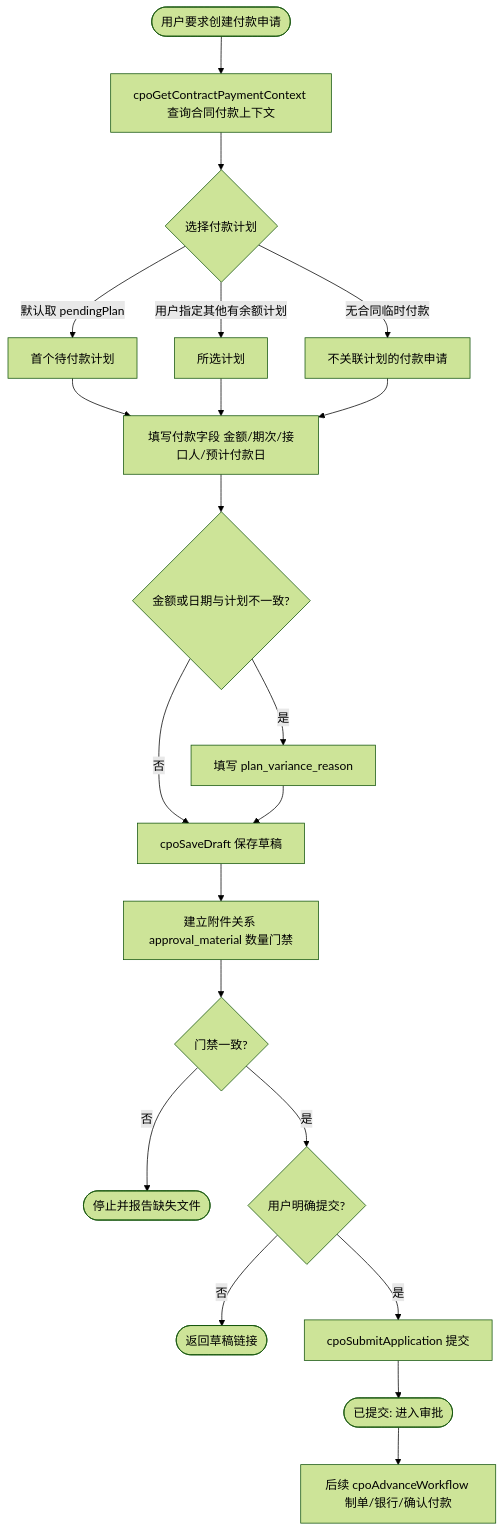
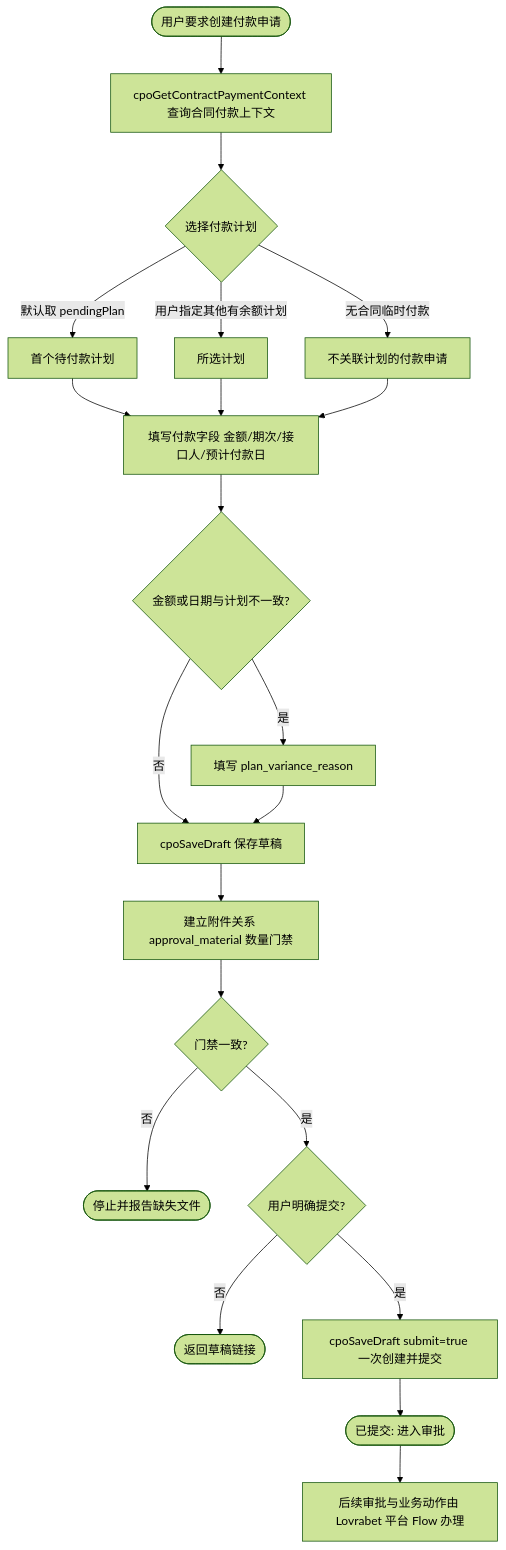
One commit to lovrabet/ei-demo changed the diagram in .agents/skills/cpo-payment-application/SKILL.md. Above: the diagram before and after it, drawn with Mermaid (forest theme). The commit also changed other lines of this file and 182 other files, not shown here.

First line of the commit message:
feat(审批应用): 统一平台 Flow 与 Policy 权限体系

````diff
--- a/.agents/skills/cpo-payment-application/SKILL.md
+++ b/.agents/skills/cpo-payment-application/SKILL.md
@@ -14,23 +14,23 @@
 ```mermaid
 flowchart TD
   Start([用户要求创建付款申请]) --> L1[cpoGetContractPaymentContext 查询合同付款上下文]
   L1 --> L2{选择付款计划}
   L2 -- 默认取 pendingPlan --> L3[首个待付款计划]
   L2 -- 用户指定其他有余额计划 --> L4[所选计划]
   L2 -- 无合同临时付款 --> L5[不关联计划的付款申请]
   L3 --> F1
   L4 --> F1
   L5 --> F1[填写付款字段 金额/期次/接口人/预计付款日]
   F1 --> F2{金额或日期与计划不一致?}
   F2 -- 是 --> F3[填写 plan_variance_reason]
   F2 -- 否 --> F4
   F3 --> F4[cpoSaveDraft 保存草稿]
   F4 --> F5[建立附件关系 approval_material 数量门禁]
   F5 --> F6{门禁一致?}
   F6 -- 否 --> Stop1([停止并报告缺失文件])
   F6 -- 是 --> F7{用户明确提交?}
   F7 -- 否 --> E1([返回草稿链接])
-  F7 -- 是 --> F8[cpoSubmitApplication 提交]
+  F7 -- 是 --> F8[cpoSaveDraft submit=true 一次创建并提交]
   F8 --> F9([已提交: 进入审批])
-  F9 --> F10[后续 cpoAdvanceWorkflow 制单/银行/确认付款]
+  F9 --> F10[后续审批与业务动作由 Lovrabet 平台 Flow 办理]
 ```
````
